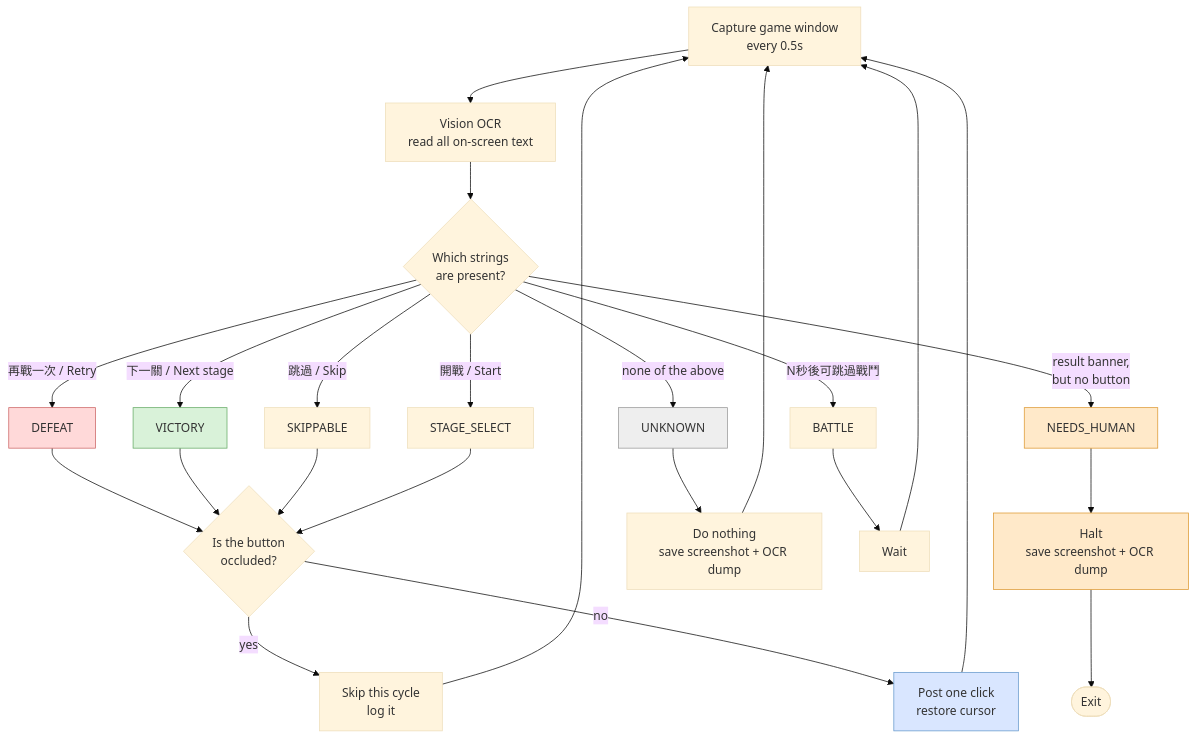
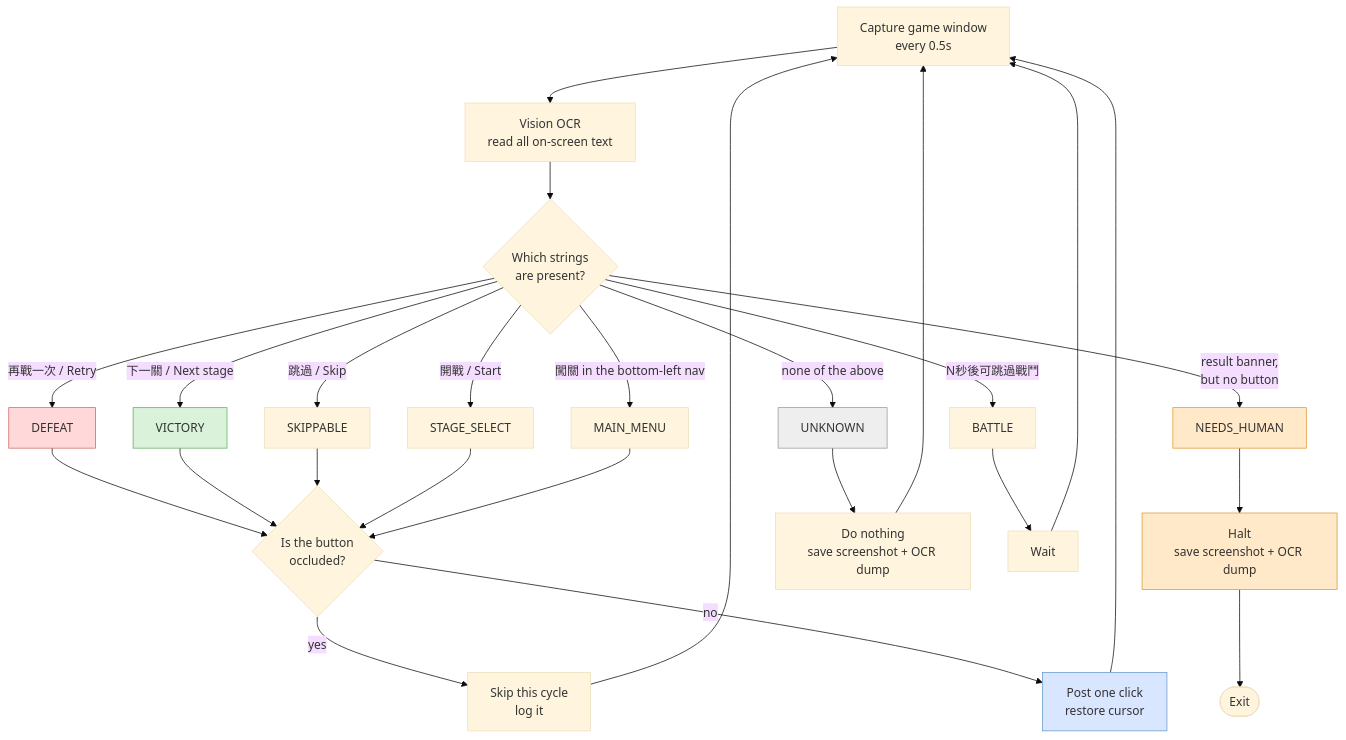
Before and after one commit to livejiaquan/wild-water-world-autoplay: the diagram in README.md, drawn with Mermaid (base theme). The commit also changed other lines of this file and 6 other files, not shown here.

````diff
--- a/README.md
+++ b/README.md
@@ -113,34 +113,35 @@
 ```mermaid
 flowchart TD
     A[Capture game window<br/>every 0.5s] --> B[Vision OCR<br/>read all on-screen text]
     B --> C{Which strings<br/>are present?}
 
     C -->|再戰一次 / Retry| D[DEFEAT]
     C -->|下一關 / Next stage| E[VICTORY]
     C -->|result banner,<br/>but no button| F[NEEDS_HUMAN]
     C -->|跳過 / Skip| G[SKIPPABLE]
     C -->|N秒後可跳過戰鬥| H[BATTLE]
     C -->|開戰 / Start| I[STAGE_SELECT]
+    C -->|闖關 in the bottom-left nav| R[MAIN_MENU]
     C -->|none of the above| J[UNKNOWN]
 
-    D & E & G & I --> K{Is the button<br/>occluded?}
+    D & E & G & I & R --> K{Is the button<br/>occluded?}
     K -->|yes| L[Skip this cycle<br/>log it]
     K -->|no| M[Post one click<br/>restore cursor]
 
     F --> N[Halt<br/>save screenshot + OCR dump]
     J --> O[Do nothing<br/>save screenshot + OCR dump]
     H --> P[Wait]
 
     M --> A
     L --> A
     O --> A
     P --> A
     N --> Q([Exit])
 
     style D fill:#ffd9d9,stroke:#c66
     style E fill:#d9f2d9,stroke:#6a6
     style F fill:#ffe9c9,stroke:#d93
     style J fill:#eee,stroke:#999
     style N fill:#ffe9c9,stroke:#d93
     style M fill:#d9e6ff,stroke:#69c
 ```
````
